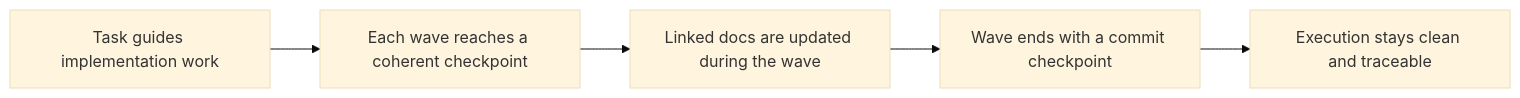
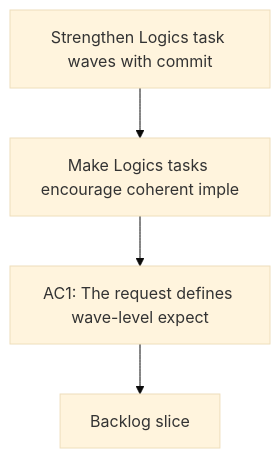
One commit to AlexAgo83/logics-manager changed the diagram in logics/request/req_075_strengthen_logics_task_waves_with_commit_and_documentation_update_checkpoints.md. Above: the diagram before and after it, drawn with Mermaid (base theme). The commit also changed other lines of this file and 481 other files, not shown here.

````diff
--- a/logics/request/req_075_strengthen_logics_task_waves_with_commit_and_documentation_update_checkpoints.md
+++ b/logics/request/req_075_strengthen_logics_task_waves_with_commit_and_documentation_update_checkpoints.md
@@ -43,9 +43,8 @@
 ```mermaid
 %% logics-kind: request
 %% logics-signature: request|strengthen-logics-task-waves-with-commit|make-logics-tasks-encourage-coherent-imp|ac1-the-request-defines-wave-level-expec
-flowchart LR
-    Task[Task guides implementation work] --> Wave[Each wave reaches a coherent checkpoint]
-    Wave --> Docs[Linked docs are updated during the wave]
-    Docs --> Commit[Wave ends with a commit checkpoint]
-    Commit --> Outcome[Execution stays clean and traceable]
+flowchart TD
+    Trigger[Strengthen Logics task waves with commit] --> Need[Make Logics tasks encourage coherent imple]
+    Need --> Outcome[AC1: The request defines wave-level expect]
+    Outcome --> Backlog[Backlog slice]
 ```
````
